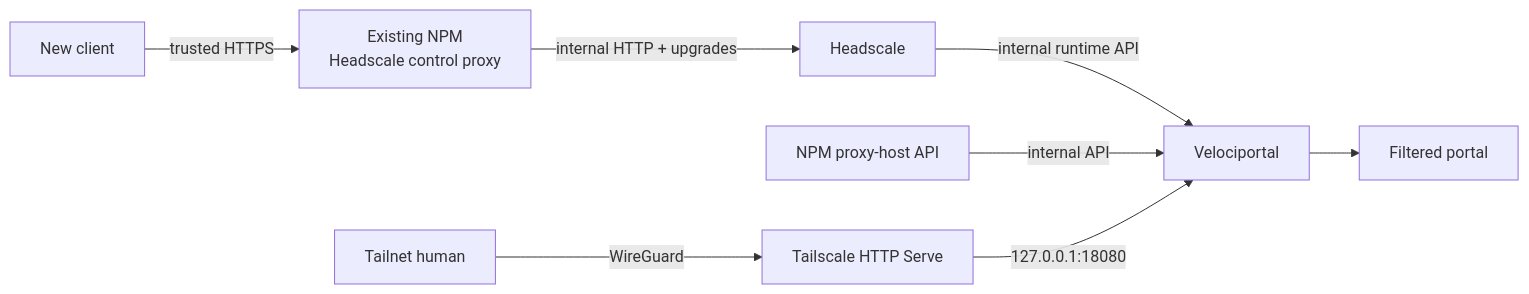
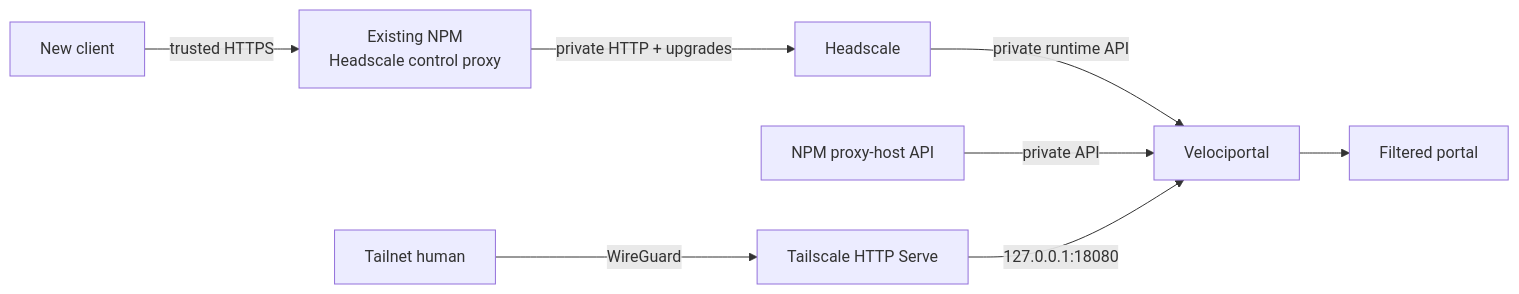
One commit to cybersader/velociportal changed the diagram in docs/index.md. Above: the diagram before and after it, drawn with Mermaid. The commit also changed other lines of this file and 19 other files, not shown here.

````diff
--- a/docs/index.md
+++ b/docs/index.md
@@ -35,10 +35,10 @@
 ```mermaid
 flowchart LR
     Client["New client"] -->|"trusted HTTPS"| NPMControl["Existing NPM<br/>Headscale control proxy"]
-    NPMControl -->|"internal HTTP + upgrades"| HS["Headscale"]
-    HS -->|"internal runtime API"| VP["Velociportal"]
-    NPM["NPM proxy-host API"] -->|"internal API"| VP
+    NPMControl -->|"private HTTP + upgrades"| HS["Headscale"]
+    HS -->|"private runtime API"| VP["Velociportal"]
+    NPM["NPM proxy-host API"] -->|"private API"| VP
     Human["Tailnet human"] -->|"WireGuard"| Serve["Tailscale HTTP Serve"]
     Serve -->|"127.0.0.1:18080"| VP
     VP --> Portal["Filtered portal"]
 ```
````
